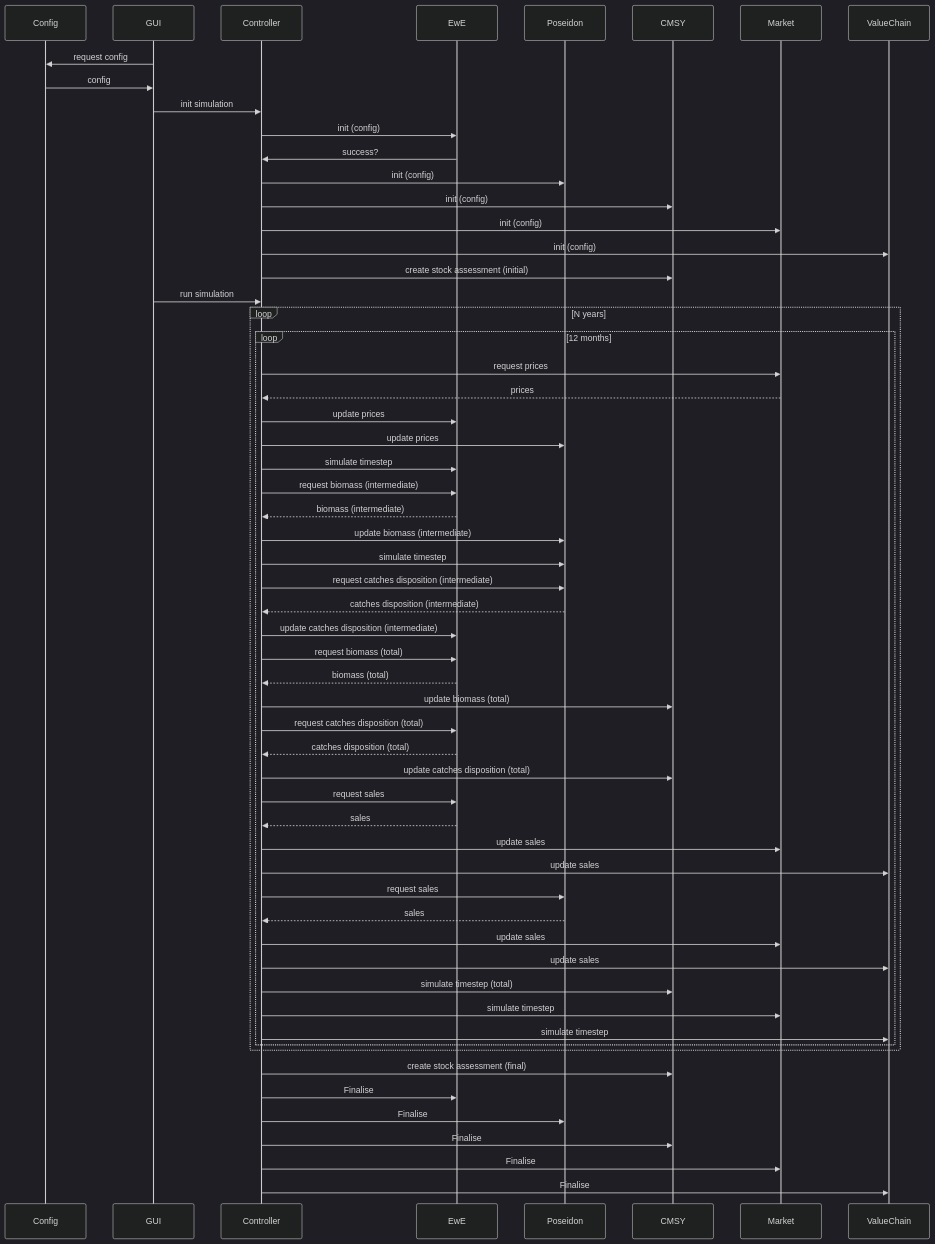
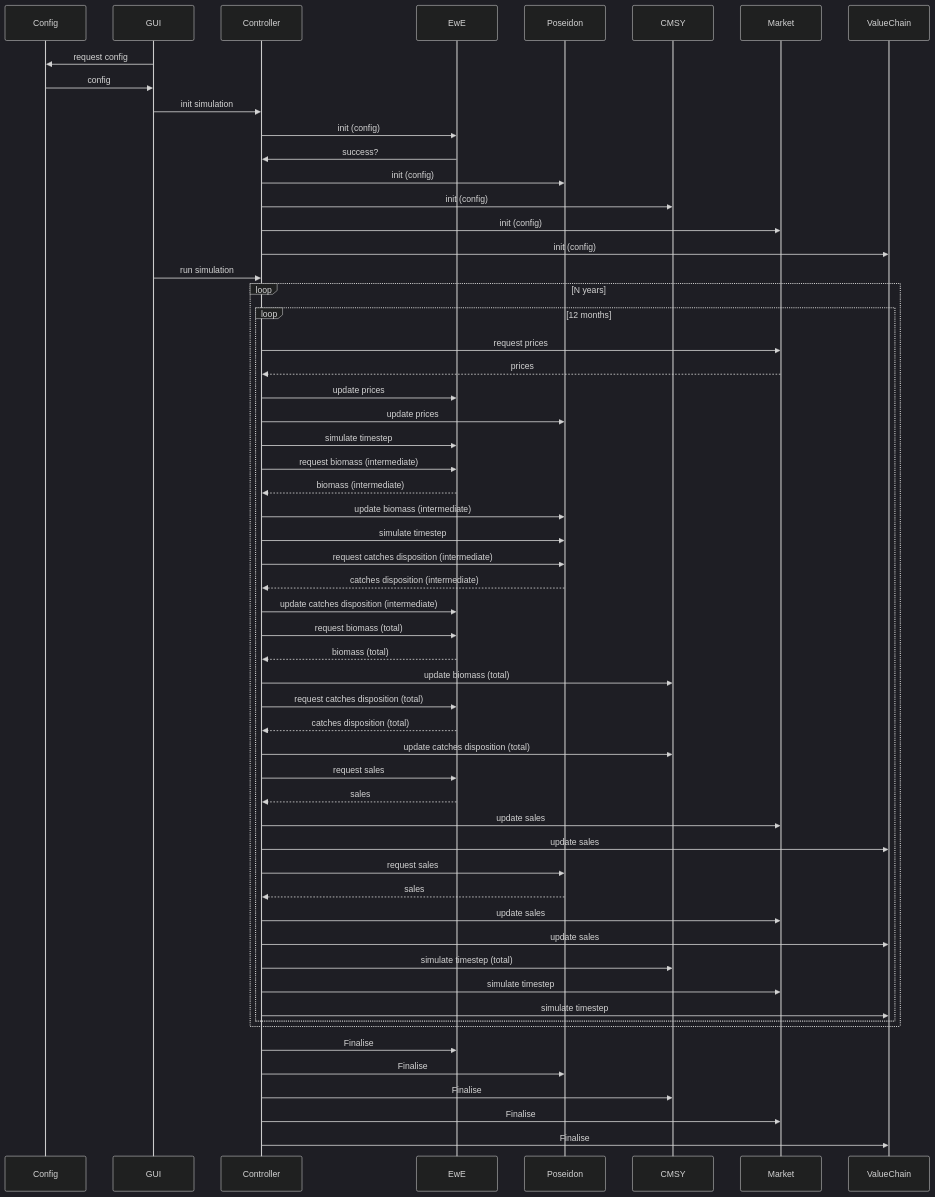
The diagram in SequenceDiagram.md (SURIMI-Project/SURIMI-project), drawn with Mermaid (dark theme) before and after one commit.

Commit message:
Remove stock assessment creation from sequence diagram
Removed initial and final stock assessment creation from the sequence diagram.

````diff
--- a/SequenceDiagram.md
+++ b/SequenceDiagram.md
@@ -3,76 +3,73 @@
 ```mermaid
 
  sequenceDiagram
 
     participant Config
     participant GUI
     participant Controller
     participant EwE
     participant Poseidon
     participant CMSY
     participant Market
     participant ValueChain
 
     %% Initialization %%
     %% this is the init %%
     GUI ->> Config: request config
     Config ->> GUI: config
     GUI ->> Controller: init simulation
 
     Controller ->> EwE: init (config)
     EwE ->> Controller: success?
     Controller ->> Poseidon: init (config)
     Controller ->> CMSY: init (config)
     Controller ->> Market: init (config)
     Controller ->> ValueChain: init (config)
-
-    Controller ->> CMSY: create stock assessment (initial)
 
     %% Simulation %%
     %% starting the simulation %%
     GUI ->> Controller: run simulation
 
     loop N years
         loop 12 months
             Controller ->> Market: request prices
             Market -->> Controller: prices
             Controller ->> EwE: update prices
             Controller ->> Poseidon: update prices
             Controller ->> EwE: simulate timestep
             Controller ->> EwE: request biomass (intermediate)
             EwE -->> Controller: biomass (intermediate)
             Controller ->> Poseidon: update biomass (intermediate)
             Controller ->> Poseidon: simulate timestep
             Controller ->> Poseidon: request catches disposition (intermediate) 
             Poseidon -->> Controller: catches disposition (intermediate)
             Controller ->> EwE: update catches disposition (intermediate)
 
             Controller ->> EwE: request biomass (total)
             EwE -->> Controller: biomass (total)
             Controller ->> CMSY: update biomass (total)
             Controller ->> EwE: request catches disposition (total) 
             EwE -->> Controller: catches disposition (total)
             Controller ->> CMSY: update catches disposition (total)
 
             Controller ->> EwE: request sales
             EwE -->> Controller: sales
             Controller ->> Market: update sales
             Controller ->> ValueChain: update sales
 
             Controller ->> Poseidon: request sales
             Poseidon -->> Controller: sales
             Controller ->> Market: update sales
             Controller ->> ValueChain: update sales
 
             Controller ->> CMSY: simulate timestep (total)
             Controller ->> Market: simulate timestep
             Controller ->> ValueChain: simulate timestep
         end
     end
-    Controller ->> CMSY: create stock assessment (final)
     Controller ->> EwE: Finalise
     Controller ->> Poseidon: Finalise
     Controller ->> CMSY: Finalise
     Controller ->> Market: Finalise
     Controller ->> ValueChain: Finalise
 ```
````
